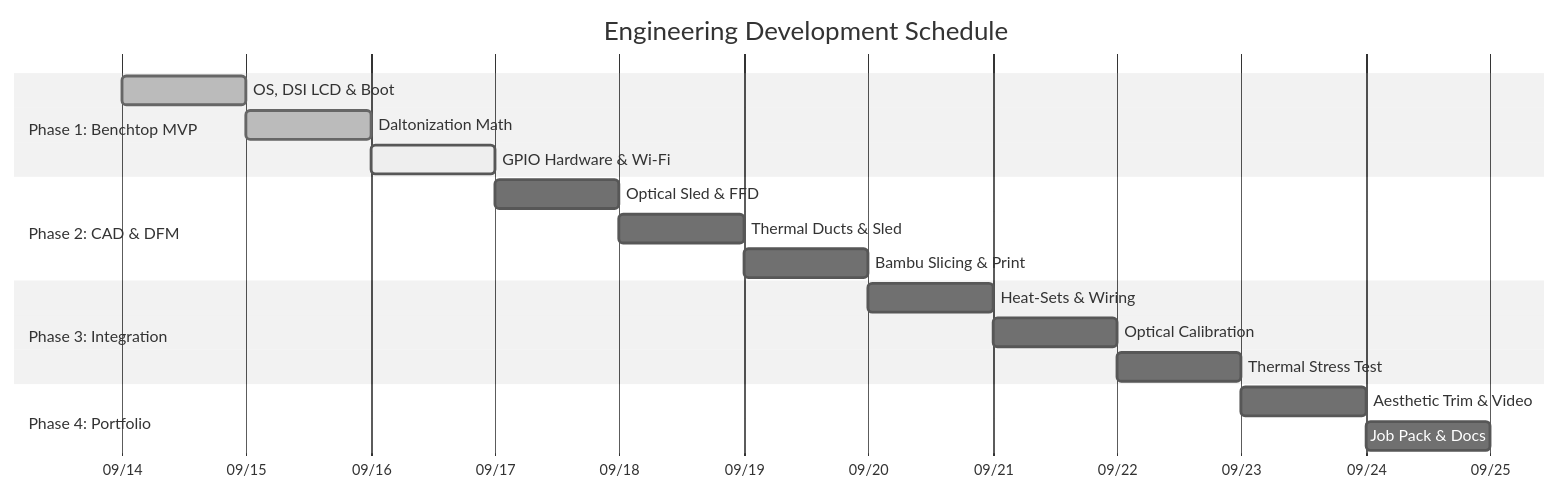
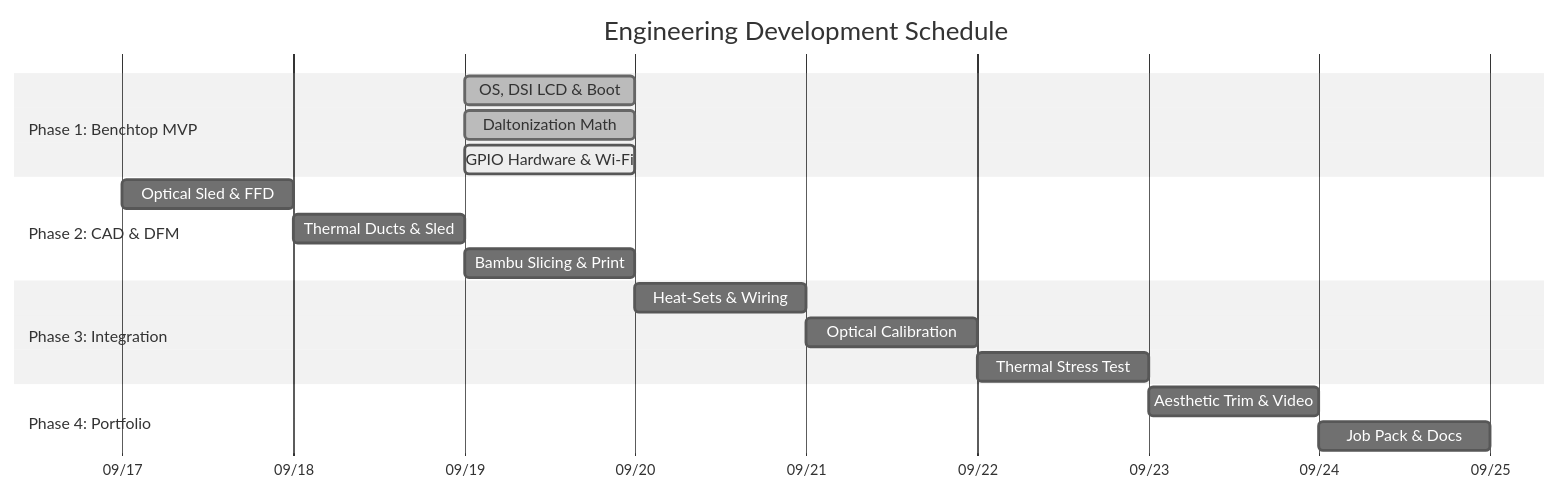
The diagram in README.md (KoredeKorede/modular-colourblind-camera), drawn with Mermaid (neutral theme) before and after one commit.

````diff
--- a/README.md
+++ b/README.md
@@ -4,25 +4,25 @@
 ```mermaid
 gantt
     title Engineering Development Schedule
     dateFormat YYYY-MM-DD
     axisFormat %m/%d
     
     section Phase 1: Benchtop MVP
-    OS, DSI LCD & Boot        :done, 2026-09-14, 1d
-    Daltonization Math        :done, 2026-09-15, 1d
-    GPIO Hardware & Wi-Fi     :active, 2026-09-16, 1d
+    OS, DSI LCD & Boot        :done, 2026-09-19, 0.5d
+    Daltonization Math        :done, 2026-09-19, 0.5d
+    GPIO Hardware & Wi-Fi     :active, 2026-09-19, 0.5d
     
     section Phase 2: CAD & DFM
     Optical Sled & FFD        :2026-09-17, 1d
     Thermal Ducts & Sled      :2026-09-18, 1d
     Bambu Slicing & Print     :2026-09-19, 1d
     
     section Phase 3: Integration
     Heat-Sets & Wiring        :2026-09-20, 1d
     Optical Calibration       :2026-09-21, 1d
     Thermal Stress Test       :2026-09-22, 1d
     
     section Phase 4: Portfolio
     Aesthetic Trim & Video    :2026-09-23, 1d
     Job Pack & Docs           :2026-09-24, 1d
 ```
````
